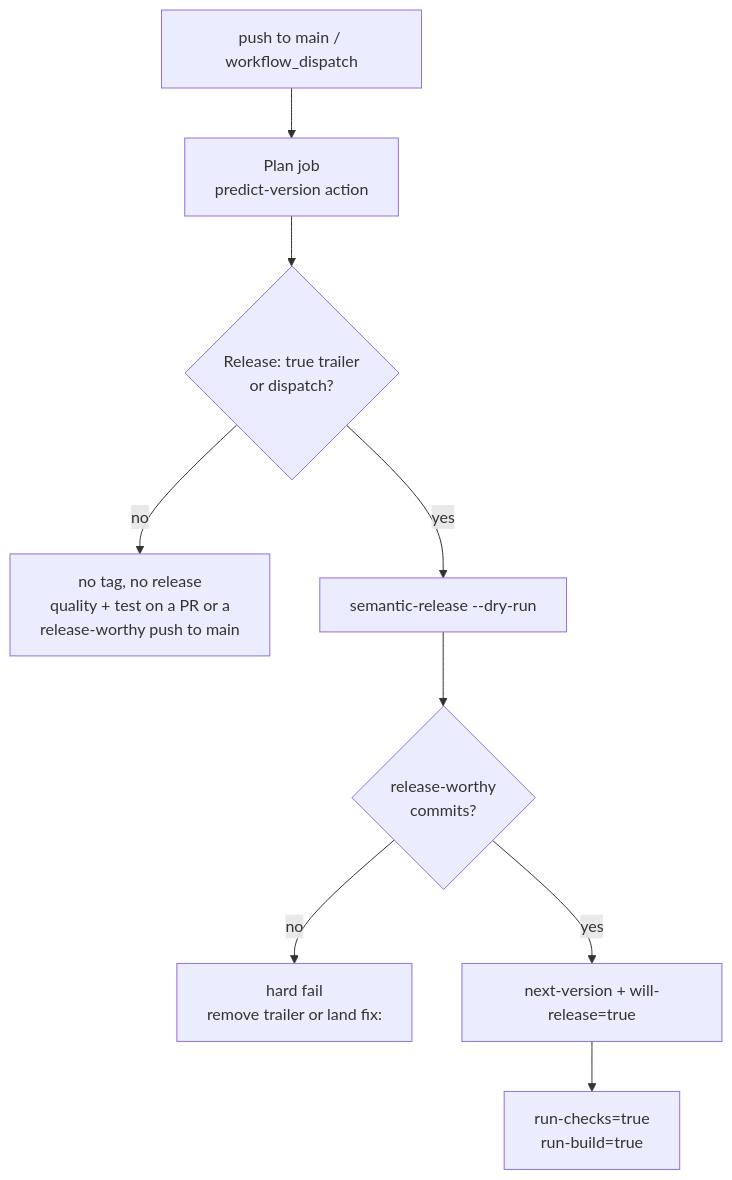
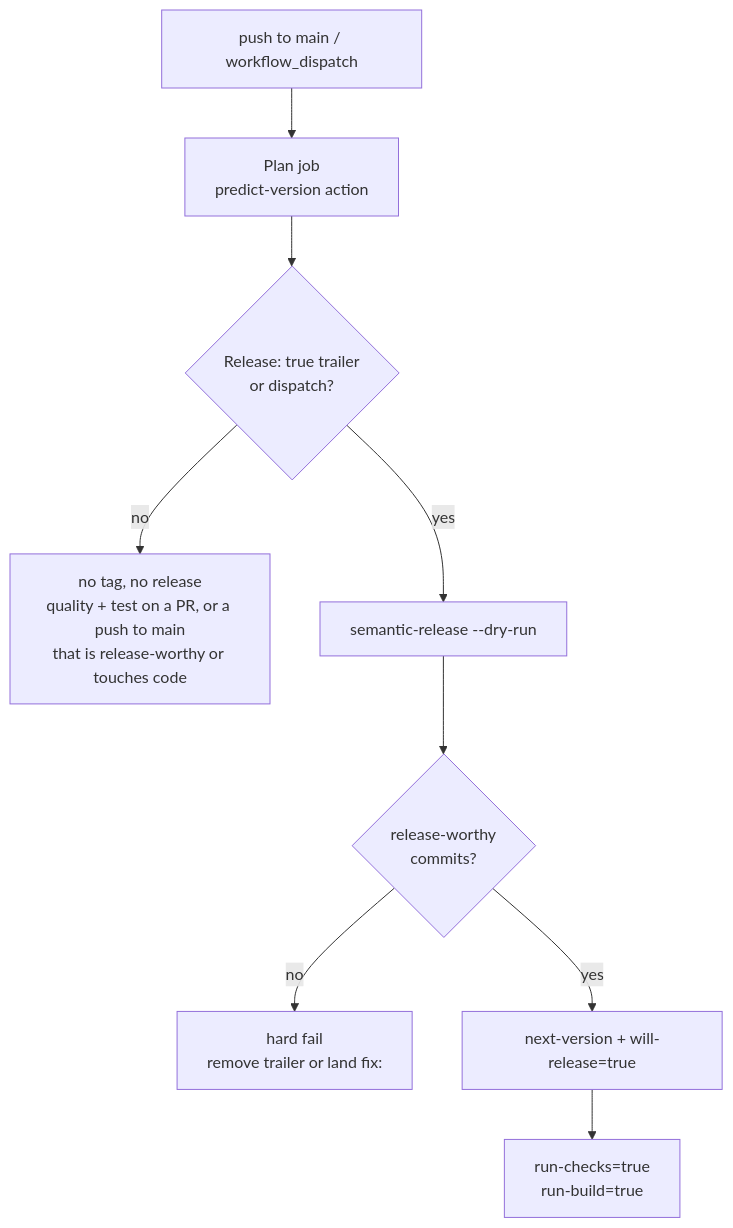
One commit to hyperi-io/hyperi-ci changed the first of 6 diagrams in docs/flow.md. Above: the diagram before and after it, drawn with Mermaid. The commit also changed other lines of this file and 17 other files, not shown here.

````diff
--- a/docs/flow.md
+++ b/docs/flow.md
@@ -9,11 +9,11 @@
 ```mermaid
 flowchart TD
     A[push to main / workflow_dispatch] --> B[Plan job<br/>predict-version action]
     B --> C{Release: true trailer<br/>or dispatch?}
-    C -->|no| V[no tag, no release<br/>quality + test on a PR or a<br/>release-worthy push to main]
+    C -->|no| V[no tag, no release<br/>quality + test on a PR, or a push to main<br/>that is release-worthy or touches code]
     C -->|yes| D[semantic-release --dry-run]
     D --> E{release-worthy<br/>commits?}
     E -->|no| F[hard fail<br/>remove trailer or land fix:]
     E -->|yes| G[next-version + will-release=true]
     G --> H[run-checks=true<br/>run-build=true]
 ```
````
